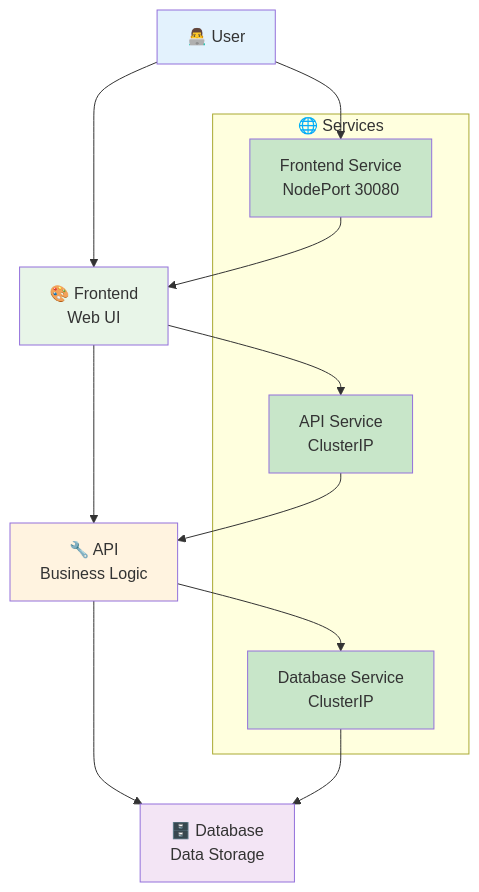
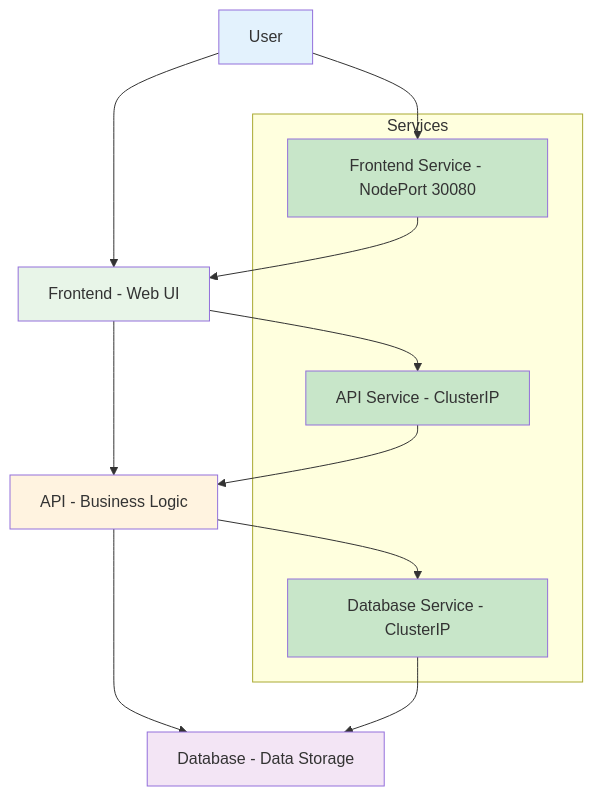
Diagram 26 of 26 in Section-2-DevOps/Session-7_Kubernetes/04-services-networking/README-FULL.md (manikcloud/cloud-devops-learning-path), drawn with Mermaid before and after one commit. The commit also changed other lines of this file and 1 other file, not shown here.

First line of the commit message:
Fix remaining mermaid diagram syntax errors in both README files

````diff
--- a/Section-2-DevOps/Session-7_Kubernetes/04-services-networking/README-FULL.md
+++ b/Section-2-DevOps/Session-7_Kubernetes/04-services-networking/README-FULL.md
@@ -1322,27 +1322,27 @@
 ```mermaid
 graph TB
-    USER[👨‍💻 User] --> FRONTEND[🎨 Frontend<br/>Web UI]
-    FRONTEND --> API[🔧 API<br/>Business Logic]
-    API --> DB[🗄️ Database<br/>Data Storage]
+    USER[User] --> FRONTEND[Frontend - Web UI]
+    FRONTEND --> API[API - Business Logic]
+    API --> DB[Database - Data Storage]
     
-    subgraph "🌐 Services"
-        FSVC[Frontend Service<br/>NodePort 30080]
-        ASVC[API Service<br/>ClusterIP]
-        DSVC[Database Service<br/>ClusterIP]
+    subgraph "Services"
+        FSVC[Frontend Service - NodePort 30080]
+        ASVC[API Service - ClusterIP]
+        DSVC[Database Service - ClusterIP]
     end
     
     USER --> FSVC
     FSVC --> FRONTEND
     FRONTEND --> ASVC
     ASVC --> API
     API --> DSVC
     DSVC --> DB
     
     style USER fill:#e3f2fd
     style FRONTEND fill:#e8f5e8
     style API fill:#fff3e0
     style DB fill:#f3e5f5
     style FSVC fill:#c8e6c9
     style ASVC fill:#c8e6c9
     style DSVC fill:#c8e6c9
 ```
````
